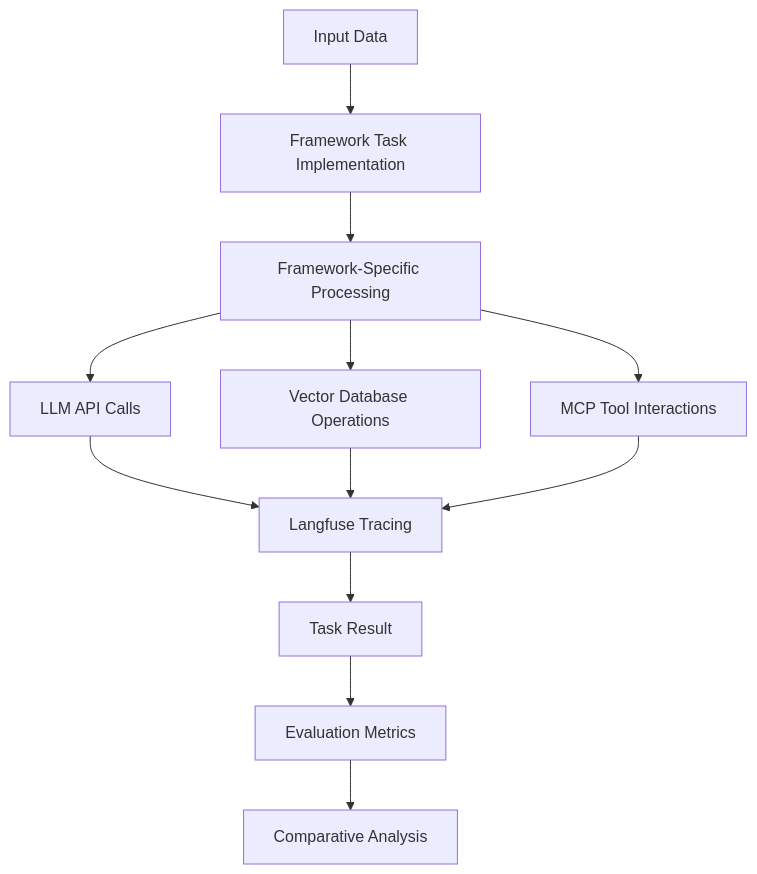
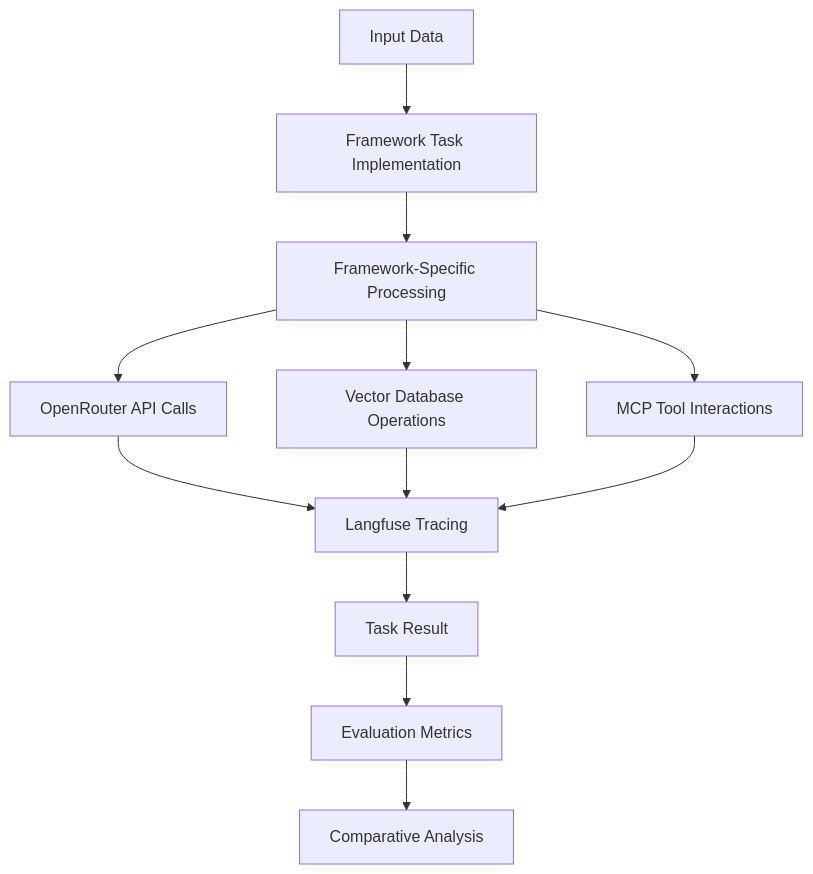
The first of 2 diagrams in ARCHITECTURE.md (peeraponw/agent_benchmark), drawn with Mermaid before and after one commit. The commit also changed other lines of this file and 20 other files, not shown here.

````diff
--- a/ARCHITECTURE.md
+++ b/ARCHITECTURE.md
@@ -74,14 +74,14 @@
 ```mermaid
 graph TD
     A[Input Data] --> B[Framework Task Implementation]
     B --> C[Framework-Specific Processing]
-    C --> D[LLM API Calls]
+    C --> D[OpenRouter API Calls]
     C --> E[Vector Database Operations]
     C --> F[MCP Tool Interactions]
     D --> G[Langfuse Tracing]
     E --> G
     F --> G
     G --> H[Task Result]
     H --> I[Evaluation Metrics]
     I --> J[Comparative Analysis]
 ```
````
